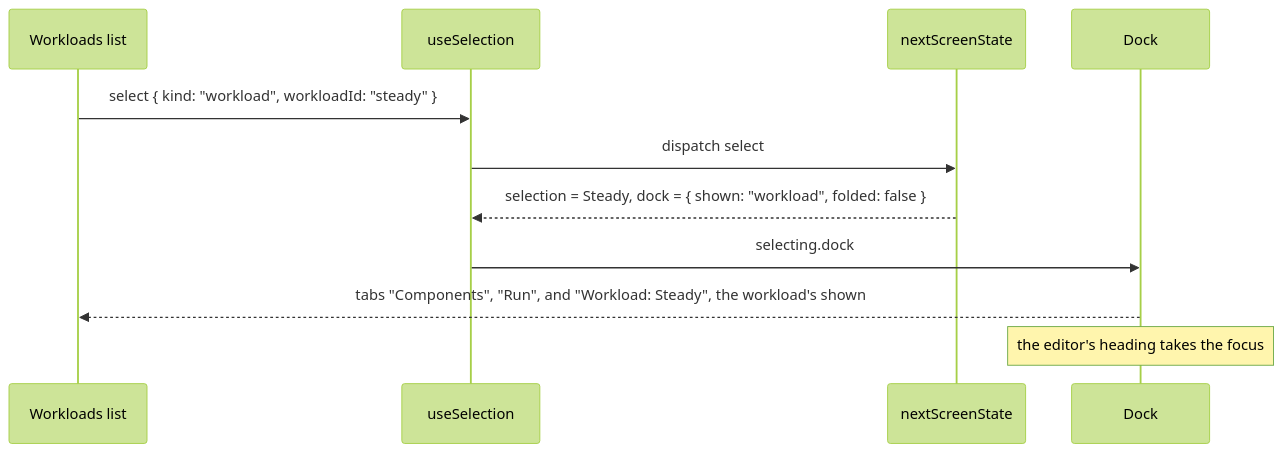
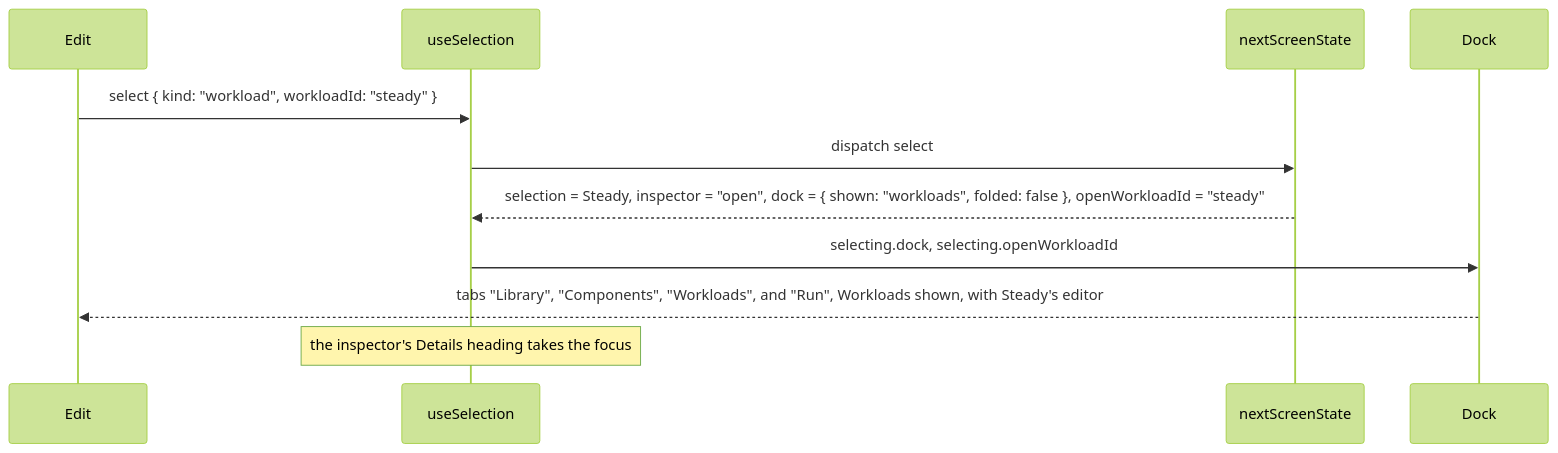
Before and after one commit to alanbickel/wind-tunnel: the fourth of 4 diagrams in docs/architecture/user-interface.md, drawn with Mermaid (forest theme). The commit also changed other lines of this file and 41 other files, not shown here.

Commit message:
feat(ui): make the dock's Workloads tab a list beside the editor, and keep the inspector open on a workload (#268)

````diff
--- a/docs/architecture/user-interface.md
+++ b/docs/architecture/user-interface.md
@@ -278,13 +278,13 @@
 ```mermaid
 sequenceDiagram
-    participant list as Workloads list
+    participant edit as Edit
     participant selection as useSelection
     participant state as nextScreenState
     participant dock as Dock
-    list->>selection: select { kind: "workload", workloadId: "steady" }
+    edit->>selection: select { kind: "workload", workloadId: "steady" }
     selection->>state: dispatch select
-    state-->>selection: selection = Steady, dock = { shown: "workload", folded: false }
-    selection->>dock: selecting.dock
-    dock-->>list: tabs "Components", "Run", and "Workload: Steady", the workload's shown
-    Note over dock: the editor's heading takes the focus
+    state-->>selection: selection = Steady, inspector = "open", dock = { shown: "workloads", folded: false }, openWorkloadId = "steady"
+    selection->>dock: selecting.dock, selecting.openWorkloadId
+    dock-->>edit: tabs "Library", "Components", "Workloads", and "Run", Workloads shown, with Steady's editor
+    Note over selection: the inspector's Details heading takes the focus
 ```
````
